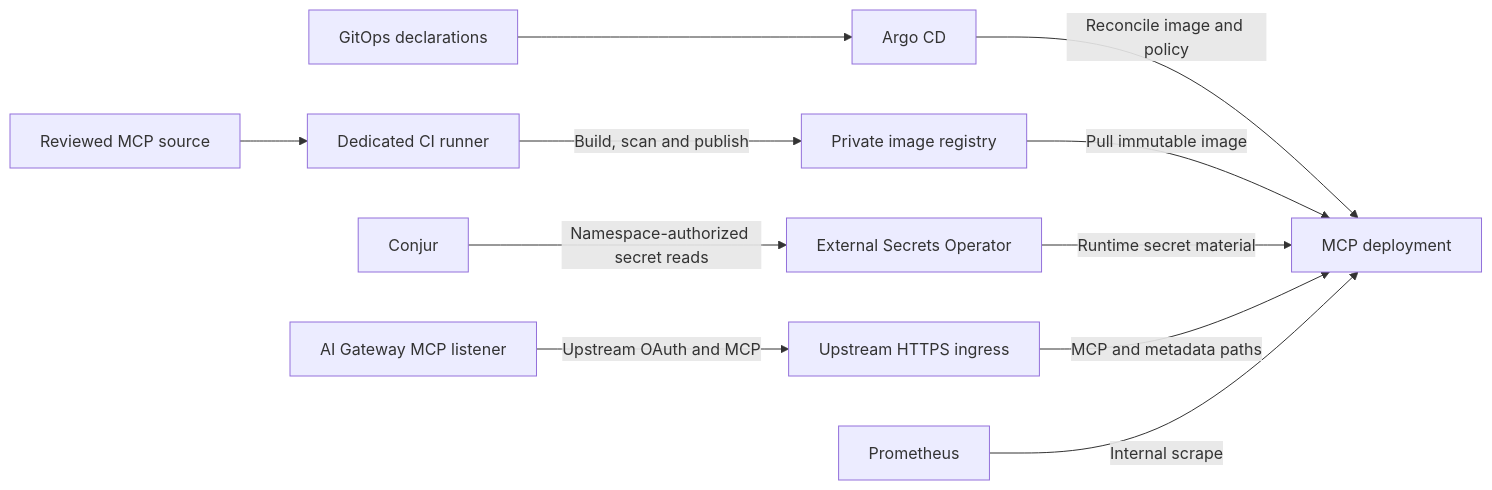
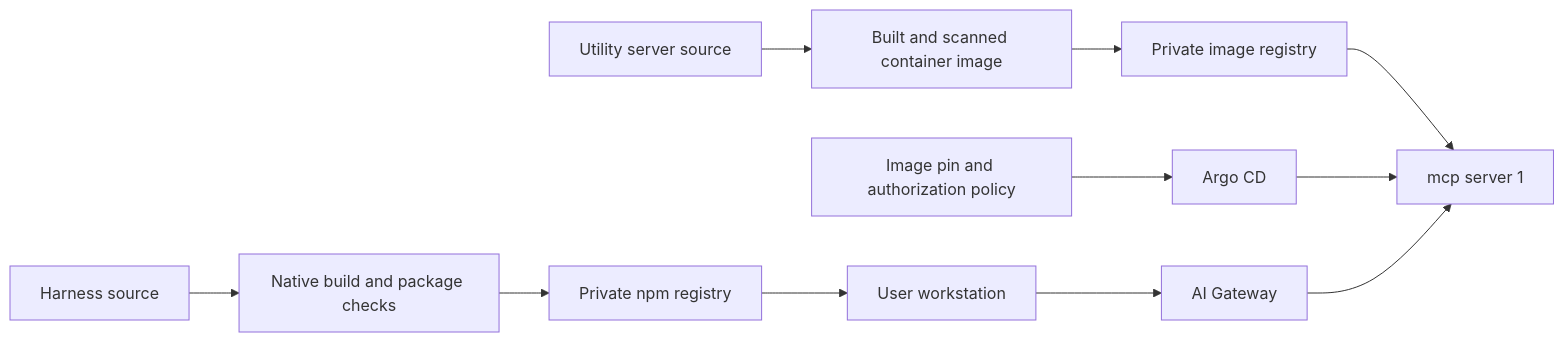
Before and after one commit to cdot65/prisma-airs-reference-architecture: the first of 2 diagrams in docs/operations.md, drawn with Mermaid. The commit also changed other lines of this file and 20 other files, not shown here.

````diff
--- a/docs/operations.md
+++ b/docs/operations.md
@@ -11,15 +11,15 @@
 ```mermaid
 flowchart LR
-    accTitle: MCP delivery and runtime separation
-    accDescr: CI publishes an immutable image, Argo reconciles deployments, Conjur and External Secrets supply namespace-authorized secrets, ingress routes public requests, and Prometheus scrapes internal metrics.
-    source["Reviewed MCP source"] --> ci["Dedicated CI runner"]
-    ci -->|"Build, scan and publish"| registry["Private image registry"]
-    declaration["GitOps declarations"] --> argo["Argo CD"]
-    argo -->|"Reconcile image and policy"| deployment["MCP deployment"]
-    registry -->|"Pull immutable image"| deployment
-    conjur["Conjur"] -->|"Namespace-authorized secret reads"| eso["External Secrets Operator"]
-    eso -->|"Runtime secret material"| deployment
-    gateway["AI Gateway MCP listener"] -->|"Upstream OAuth and MCP"| ingress["Upstream HTTPS ingress"]
-    ingress -->|"MCP and metadata paths"| deployment
-    prometheus["Prometheus"] -->|"Internal scrape"| deployment
+    accTitle: Independent client and MCP server delivery
+    accDescr: Harness source is built into Linux and signed Apple Silicon packages in the package registry. MCP source is built into an immutable container image, and GitOps reconciles mcp server 1. The gateway integration routes user traffic to that service.
+    clientSource["Harness source"] --> native["Native build and package checks"]
+    native --> npm["Private npm registry"]
+    npm --> workstation["User workstation"]
+    serverSource["Utility server source"] --> image["Built and scanned container image"]
+    image --> registry["Private image registry"]
+    declarations["Image pin and authorization policy"] --> argo["Argo CD"]
+    registry --> server["mcp server 1"]
+    argo --> server
+    workstation --> gateway["AI Gateway"]
+    gateway --> server
 ```
````
